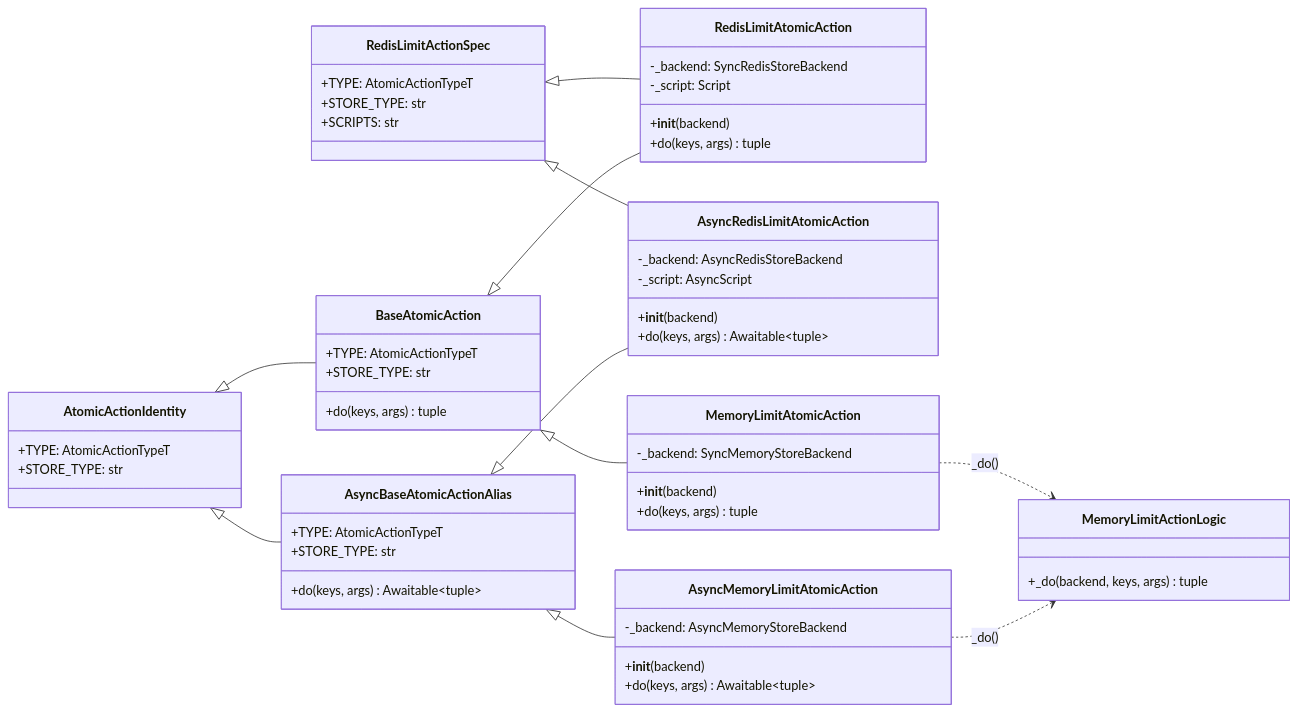
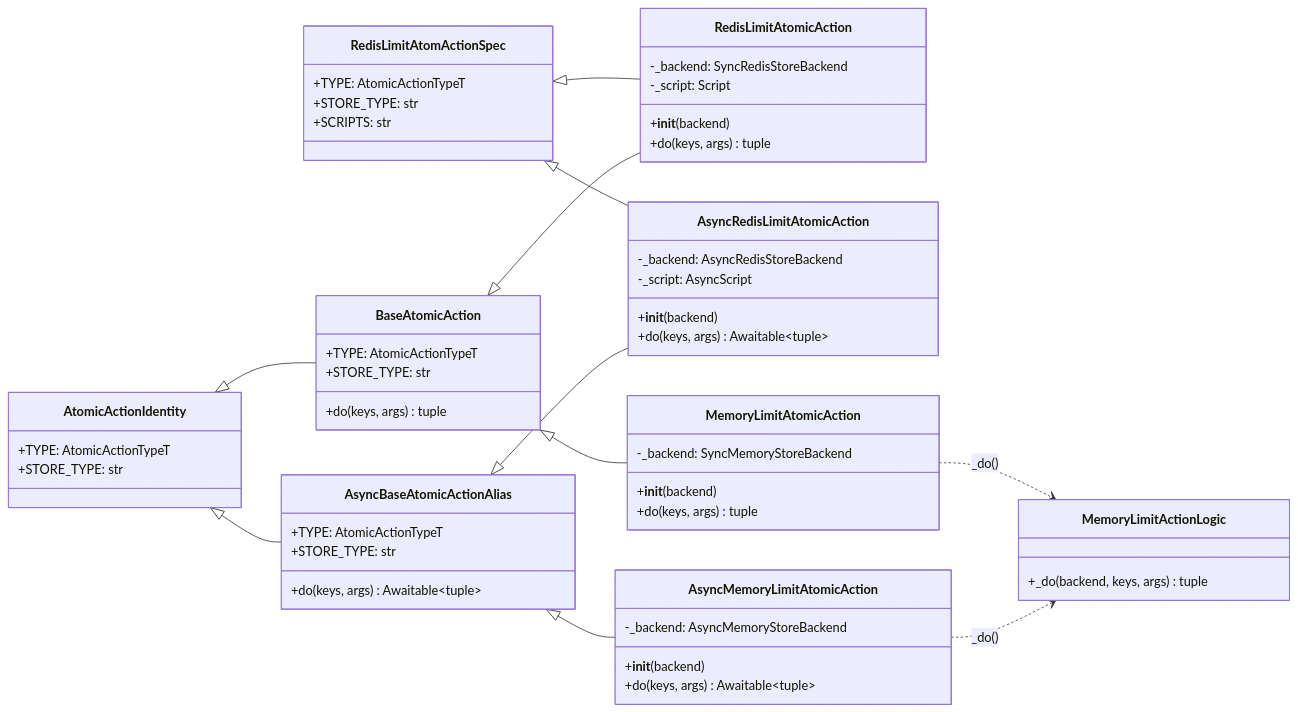
Before and after one commit to ZhuoZhuoCrayon/ai-workspace: the fourth of 6 diagrams in knowledge/throttled-py/issues/2026-05-06-store-typing-abstraction-refactor/PLAN.md, drawn with Mermaid. The commit also changed other lines of this file, not shown here.

````diff
--- a/knowledge/throttled-py/issues/2026-05-06-store-typing-abstraction-refactor/PLAN.md
+++ b/knowledge/throttled-py/issues/2026-05-06-store-typing-abstraction-refactor/PLAN.md
@@ -362,60 +362,60 @@
 ```mermaid
 classDiagram
     direction LR
 
     class AtomicActionIdentity {
         +TYPE: AtomicActionTypeT
         +STORE_TYPE: str
     }
     class BaseAtomicAction {
         +TYPE: AtomicActionTypeT
         +STORE_TYPE: str
         +do(keys, args) tuple
     }
     class AsyncBaseAtomicActionAlias {
         +TYPE: AtomicActionTypeT
         +STORE_TYPE: str
         +do(keys, args) Awaitable~tuple~
     }
-    class RedisLimitActionSpec {
+    class RedisLimitAtomActionSpec {
         +TYPE: AtomicActionTypeT
         +STORE_TYPE: str
         +SCRIPTS: str
     }
     class MemoryLimitActionLogic {
         +_do(backend, keys, args) tuple
     }
     class RedisLimitAtomicAction {
         -_backend: SyncRedisStoreBackend
         -_script: Script
         +__init__(backend)
         +do(keys, args) tuple
     }
     class AsyncRedisLimitAtomicAction {
         -_backend: AsyncRedisStoreBackend
         -_script: AsyncScript
         +__init__(backend)
         +do(keys, args) Awaitable~tuple~
     }
     class MemoryLimitAtomicAction {
         -_backend: SyncMemoryStoreBackend
         +__init__(backend)
         +do(keys, args) tuple
     }
     class AsyncMemoryLimitAtomicAction {
         -_backend: AsyncMemoryStoreBackend
         +__init__(backend)
         +do(keys, args) Awaitable~tuple~
     }
 
     AtomicActionIdentity <|-- BaseAtomicAction
     AtomicActionIdentity <|-- AsyncBaseAtomicActionAlias
-    RedisLimitActionSpec <|-- RedisLimitAtomicAction
-    RedisLimitActionSpec <|-- AsyncRedisLimitAtomicAction
+    RedisLimitAtomActionSpec <|-- RedisLimitAtomicAction
+    RedisLimitAtomActionSpec <|-- AsyncRedisLimitAtomicAction
     BaseAtomicAction <|-- RedisLimitAtomicAction
     AsyncBaseAtomicActionAlias <|-- AsyncRedisLimitAtomicAction
     BaseAtomicAction <|-- MemoryLimitAtomicAction
     AsyncBaseAtomicActionAlias <|-- AsyncMemoryLimitAtomicAction
     MemoryLimitAtomicAction ..> MemoryLimitActionLogic : _do()
     AsyncMemoryLimitAtomicAction ..> MemoryLimitActionLogic : _do()
 ```
````
